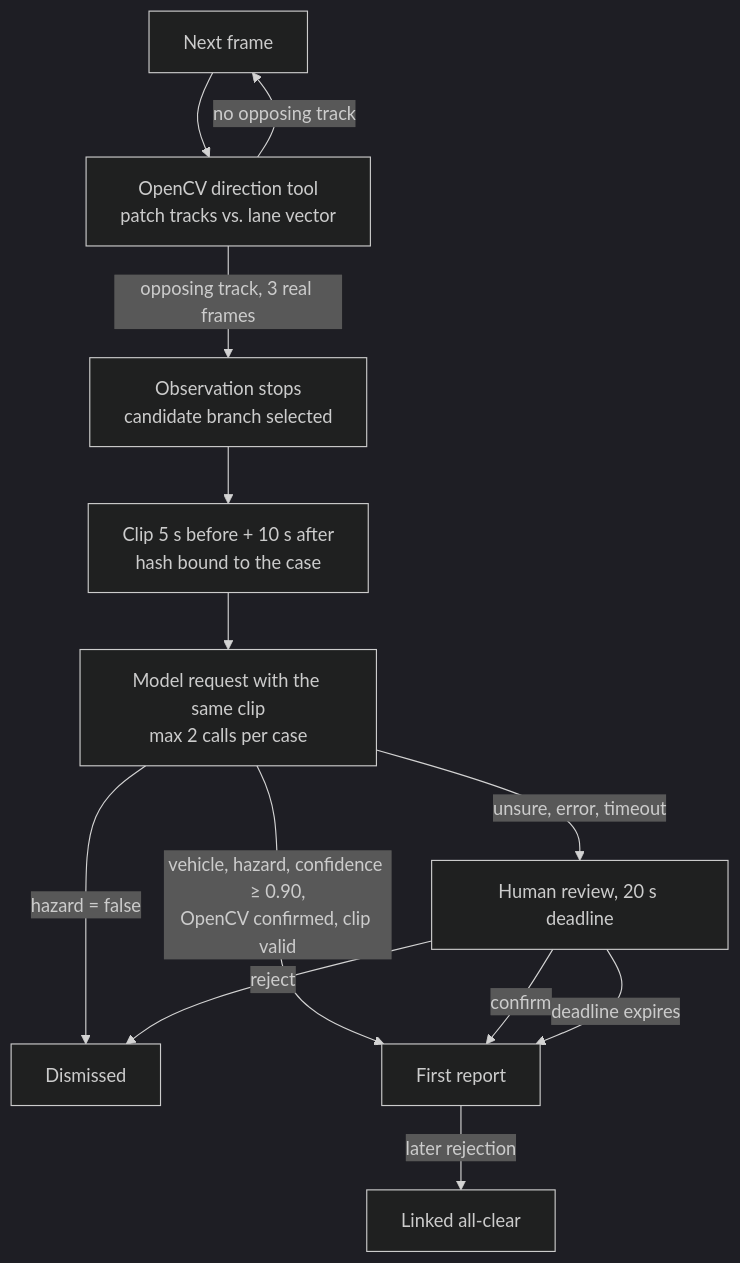
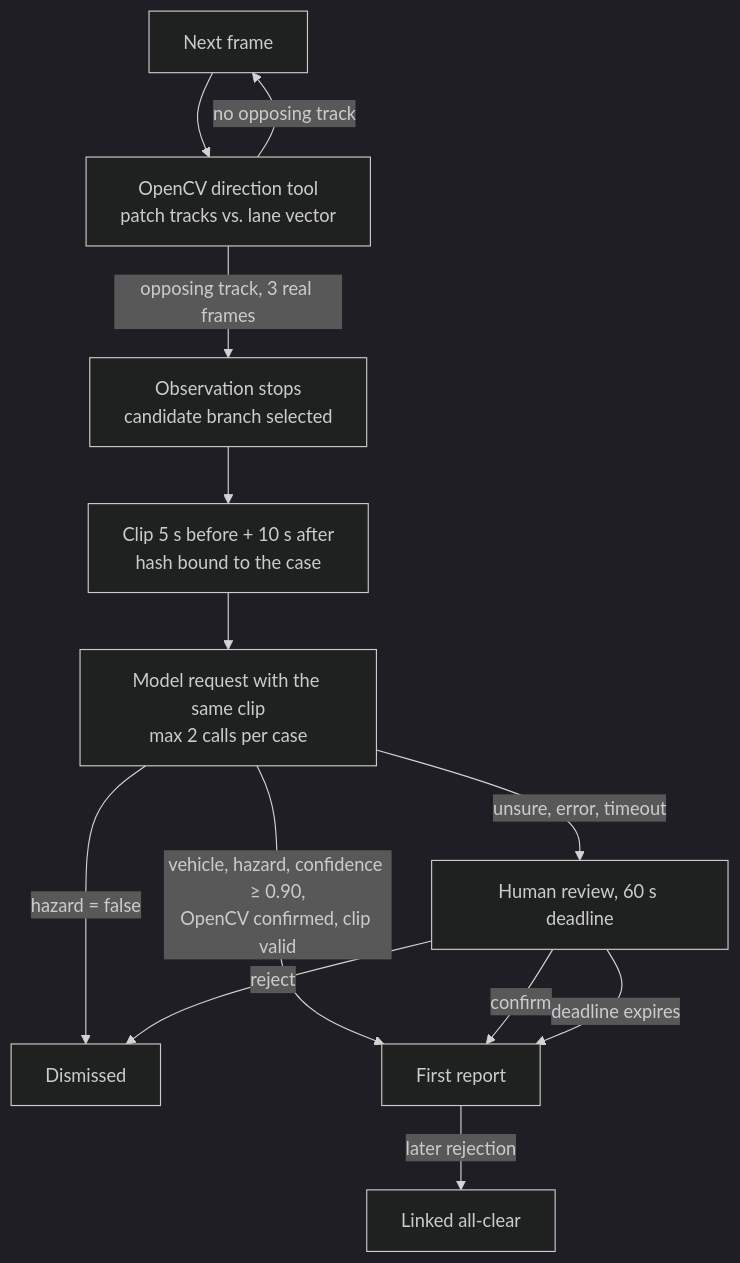
Before and after one commit to ellmos-ai/VisionFlow: the second of 3 diagrams in docs/ARCHITECTURE.md, drawn with Mermaid (dark theme). The commit also changed 22 other files, not shown here.

````diff
--- a/docs/ARCHITECTURE.md
+++ b/docs/ARCHITECTURE.md
@@ -22,15 +22,15 @@
 ```mermaid
 flowchart TD
     F[Next frame] --> D[OpenCV direction tool<br/>patch tracks vs. lane vector]
     D -->|no opposing track| F
     D -->|opposing track, 3 real frames| STOP[Observation stops<br/>candidate branch selected]
     STOP --> CLIP[Clip 5 s before + 10 s after<br/>hash bound to the case]
     CLIP --> ASK[Model request with the same clip<br/>max 2 calls per case]
     ASK -->|hazard = false| DIS[Dismissed]
     ASK -->|vehicle, hazard, confidence ≥ 0.90,<br/>OpenCV confirmed, clip valid| REP[First report]
-    ASK -->|unsure, error, timeout| HUM[Human review, 20 s deadline]
+    ASK -->|unsure, error, timeout| HUM[Human review, 60 s deadline]
     HUM -->|confirm| REP
     HUM -->|reject| DIS
     HUM -->|deadline expires| REP
     REP -->|later rejection| CORR[Linked all-clear]
 ```
````
